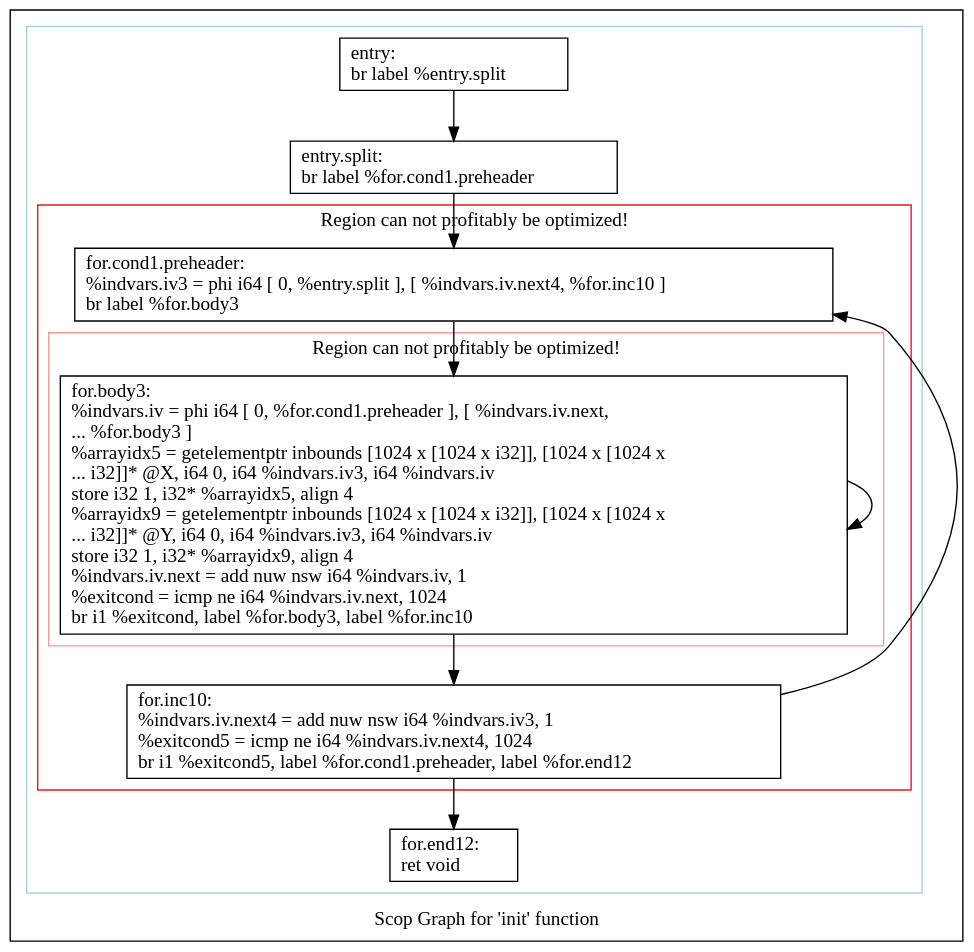
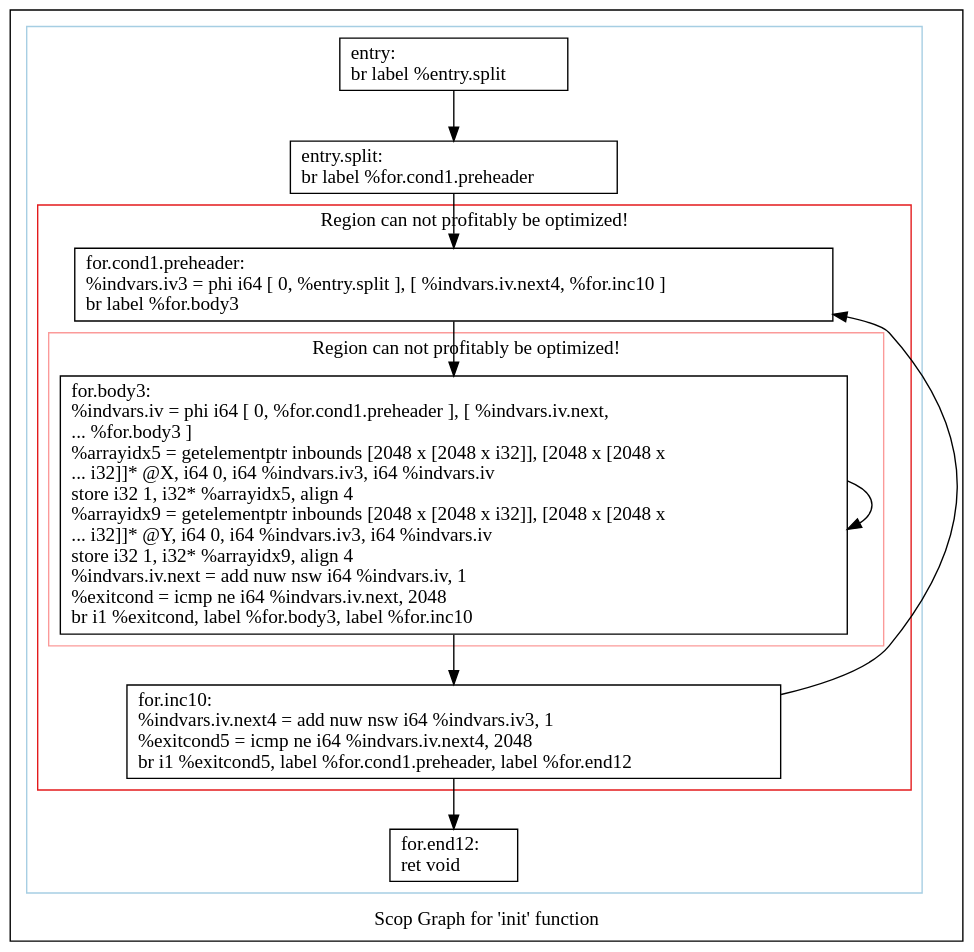
Before and after one commit to samminweng/WhileyOpenCL: the diagram in polly/MatrixMult/impl/handwritten3/dot/scops.init.dot, drawn with Graphviz. The commit also changed 20 other files, not shown here.

```diff
--- a/polly/MatrixMult/impl/handwritten3/dot/scops.init.dot
+++ b/polly/MatrixMult/impl/handwritten3/dot/scops.init.dot
@@ -1,39 +1,39 @@
 digraph "Scop Graph for 'init' function" {
 	label="Scop Graph for 'init' function";
 
-	Node0x63d7790 [shape=record,label="{entry:\l  br label %entry.split\l}"];
-	Node0x63d7790 -> Node0x63d6030;
-	Node0x63d6030 [shape=record,label="{entry.split:                                      \l  br label %for.cond1.preheader\l}"];
-	Node0x63d6030 -> Node0x63d6050;
-	Node0x63d6050 [shape=record,label="{for.cond1.preheader:                              \l  %indvars.iv3 = phi i64 [ 0, %entry.split ], [ %indvars.iv.next4, %for.inc10 ]\l  br label %for.body3\l}"];
-	Node0x63d6050 -> Node0x63d76d0;
-	Node0x63d76d0 [shape=record,label="{for.body3:                                        \l  %indvars.iv = phi i64 [ 0, %for.cond1.preheader ], [ %indvars.iv.next,\l... %for.body3 ]\l  %arrayidx5 = getelementptr inbounds [1024 x [1024 x i32]], [1024 x [1024 x\l... i32]]* @X, i64 0, i64 %indvars.iv3, i64 %indvars.iv\l  store i32 1, i32* %arrayidx5, align 4\l  %arrayidx9 = getelementptr inbounds [1024 x [1024 x i32]], [1024 x [1024 x\l... i32]]* @Y, i64 0, i64 %indvars.iv3, i64 %indvars.iv\l  store i32 1, i32* %arrayidx9, align 4\l  %indvars.iv.next = add nuw nsw i64 %indvars.iv, 1\l  %exitcond = icmp ne i64 %indvars.iv.next, 1024\l  br i1 %exitcond, label %for.body3, label %for.inc10\l}"];
-	Node0x63d76d0 -> Node0x63d76d0[constraint=false];
-	Node0x63d76d0 -> Node0x63d76f0;
-	Node0x63d76f0 [shape=record,label="{for.inc10:                                        \l  %indvars.iv.next4 = add nuw nsw i64 %indvars.iv3, 1\l  %exitcond5 = icmp ne i64 %indvars.iv.next4, 1024\l  br i1 %exitcond5, label %for.cond1.preheader, label %for.end12\l}"];
-	Node0x63d76f0 -> Node0x63d6050[constraint=false];
-	Node0x63d76f0 -> Node0x63d7c50;
-	Node0x63d7c50 [shape=record,label="{for.end12:                                        \l  ret void\l}"];
+	Node0x521cd90 [shape=record,label="{entry:\l  br label %entry.split\l}"];
+	Node0x521cd90 -> Node0x521b900;
+	Node0x521b900 [shape=record,label="{entry.split:                                      \l  br label %for.cond1.preheader\l}"];
+	Node0x521b900 -> Node0x521cef0;
+	Node0x521cef0 [shape=record,label="{for.cond1.preheader:                              \l  %indvars.iv3 = phi i64 [ 0, %entry.split ], [ %indvars.iv.next4, %for.inc10 ]\l  br label %for.body3\l}"];
+	Node0x521cef0 -> Node0x521d3f0;
+	Node0x521d3f0 [shape=record,label="{for.body3:                                        \l  %indvars.iv = phi i64 [ 0, %for.cond1.preheader ], [ %indvars.iv.next,\l... %for.body3 ]\l  %arrayidx5 = getelementptr inbounds [2048 x [2048 x i32]], [2048 x [2048 x\l... i32]]* @X, i64 0, i64 %indvars.iv3, i64 %indvars.iv\l  store i32 1, i32* %arrayidx5, align 4\l  %arrayidx9 = getelementptr inbounds [2048 x [2048 x i32]], [2048 x [2048 x\l... i32]]* @Y, i64 0, i64 %indvars.iv3, i64 %indvars.iv\l  store i32 1, i32* %arrayidx9, align 4\l  %indvars.iv.next = add nuw nsw i64 %indvars.iv, 1\l  %exitcond = icmp ne i64 %indvars.iv.next, 2048\l  br i1 %exitcond, label %for.body3, label %for.inc10\l}"];
+	Node0x521d3f0 -> Node0x521d3f0[constraint=false];
+	Node0x521d3f0 -> Node0x521d9d0;
+	Node0x521d9d0 [shape=record,label="{for.inc10:                                        \l  %indvars.iv.next4 = add nuw nsw i64 %indvars.iv3, 1\l  %exitcond5 = icmp ne i64 %indvars.iv.next4, 2048\l  br i1 %exitcond5, label %for.cond1.preheader, label %for.end12\l}"];
+	Node0x521d9d0 -> Node0x521cef0[constraint=false];
+	Node0x521d9d0 -> Node0x521d980;
+	Node0x521d980 [shape=record,label="{for.end12:                                        \l  ret void\l}"];
 	colorscheme = "paired12"
-        subgraph cluster_0x63c96a0 {
+        subgraph cluster_0x520ede0 {
           label = "";
           style = solid;
           color = 1
-          subgraph cluster_0x63c9820 {
+          subgraph cluster_0x520ef60 {
             label = "Region can not profitably be optimized!";
             style = solid;
             color = 6
-            subgraph cluster_0x63c99a0 {
+            subgraph cluster_0x520f0e0 {
               label = "Region can not profitably be optimized!";
               style = solid;
               color = 5
-              Node0x63d76d0;
+              Node0x521d3f0;
             }
-            Node0x63d6050;
-            Node0x63d76f0;
+            Node0x521cef0;
+            Node0x521d9d0;
           }
-          Node0x63d7790;
-          Node0x63d6030;
-          Node0x63d7c50;
+          Node0x521cd90;
+          Node0x521b900;
+          Node0x521d980;
         }
 }
```
